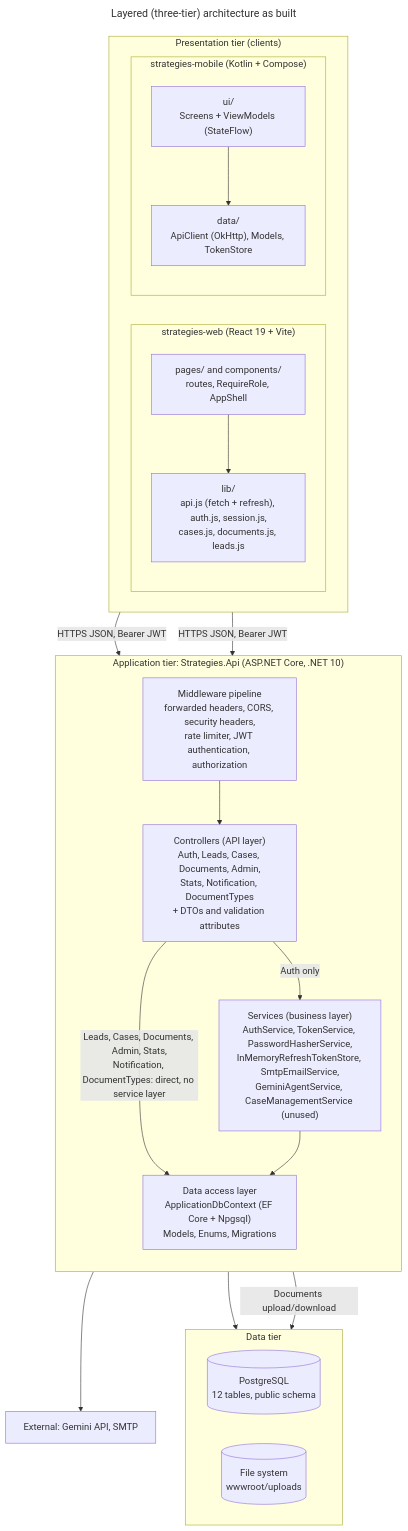
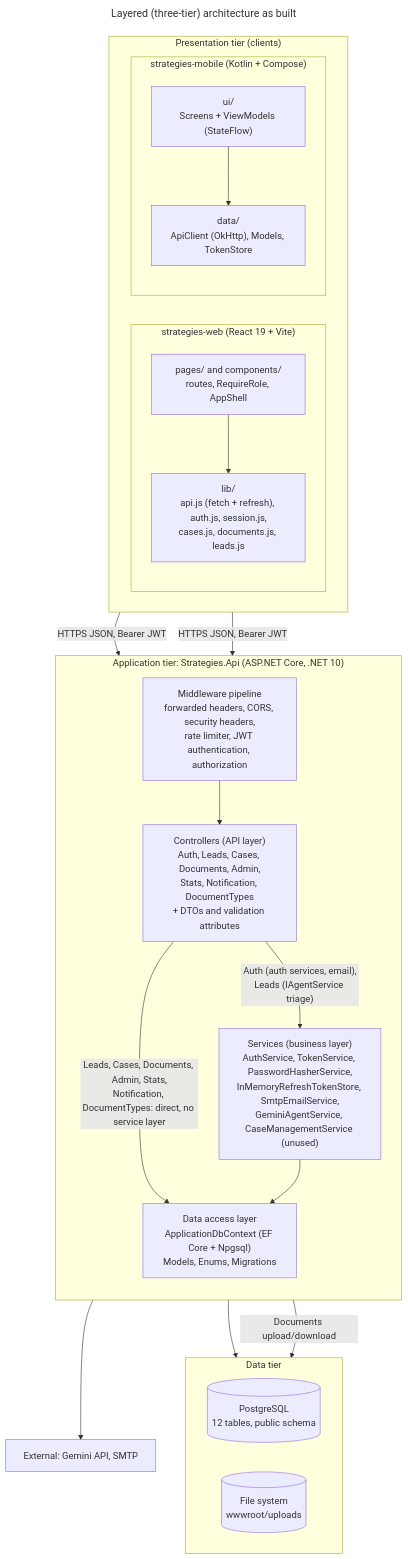
The diagram in docs/diagrams/architecture-layers.mmd (Muthambi-Mbulungeni/final-project-api), drawn with Mermaid before and after one commit. The commit also changed 45 other files, not shown here.

First line of the commit message:
docs: audit report diagrams against develop, typed UML design classes

```diff
--- a/docs/diagrams/architecture-layers.mmd
+++ b/docs/diagrams/architecture-layers.mmd
@@ -1,45 +1,45 @@
 ---
 title: Layered (three-tier) architecture as built
 ---
 flowchart TB
     subgraph PRES["Presentation tier (clients)"]
         direction LR
         subgraph WEB["strategies-web (React 19 + Vite)"]
             direction TB
             WP["pages/ and components/<br>routes, RequireRole, AppShell"]
             WL["lib/<br>api.js (fetch + refresh), auth.js, session.js,<br>cases.js, documents.js, leads.js"]
             WP --> WL
         end
         subgraph MOB["strategies-mobile (Kotlin + Compose)"]
             direction TB
             MV["ui/<br>Screens + ViewModels (StateFlow)"]
             MD["data/<br>ApiClient (OkHttp), Models, TokenStore"]
             MV --> MD
         end
     end
 
     subgraph APPT["Application tier: Strategies.Api (ASP.NET Core, .NET 10)"]
         direction TB
         MW["Middleware pipeline<br>forwarded headers, CORS, security headers,<br>rate limiter, JWT authentication, authorization"]
         CT["Controllers (API layer)<br>Auth, Leads, Cases, Documents, Admin,<br>Stats, Notification, DocumentTypes<br>+ DTOs and validation attributes"]
         SV["Services (business layer)<br>AuthService, TokenService, PasswordHasherService,<br>InMemoryRefreshTokenStore, SmtpEmailService,<br>GeminiAgentService, CaseManagementService (unused)"]
         DA["Data access layer<br>ApplicationDbContext (EF Core + Npgsql)<br>Models, Enums, Migrations"]
         MW --> CT
-        CT -->|"Auth only"| SV
+        CT -->|"Auth (auth services, email),<br>Leads (IAgentService triage)"| SV
         CT -->|"Leads, Cases, Documents, Admin, Stats,<br>Notification, DocumentTypes: direct, no service layer"| DA
         SV --> DA
     end
 
     subgraph DATA["Data tier"]
         direction LR
         PG[("PostgreSQL<br>12 tables, public schema")]
         FS[("File system<br>wwwroot/uploads")]
     end
 
     EXTS["External: Gemini API, SMTP"]
 
     WL -->|"HTTPS JSON, Bearer JWT"| MW
     MD -->|"HTTPS JSON, Bearer JWT"| MW
     DA --> PG
     CT -->|"Documents upload/download"| FS
     SV --> EXTS
```
